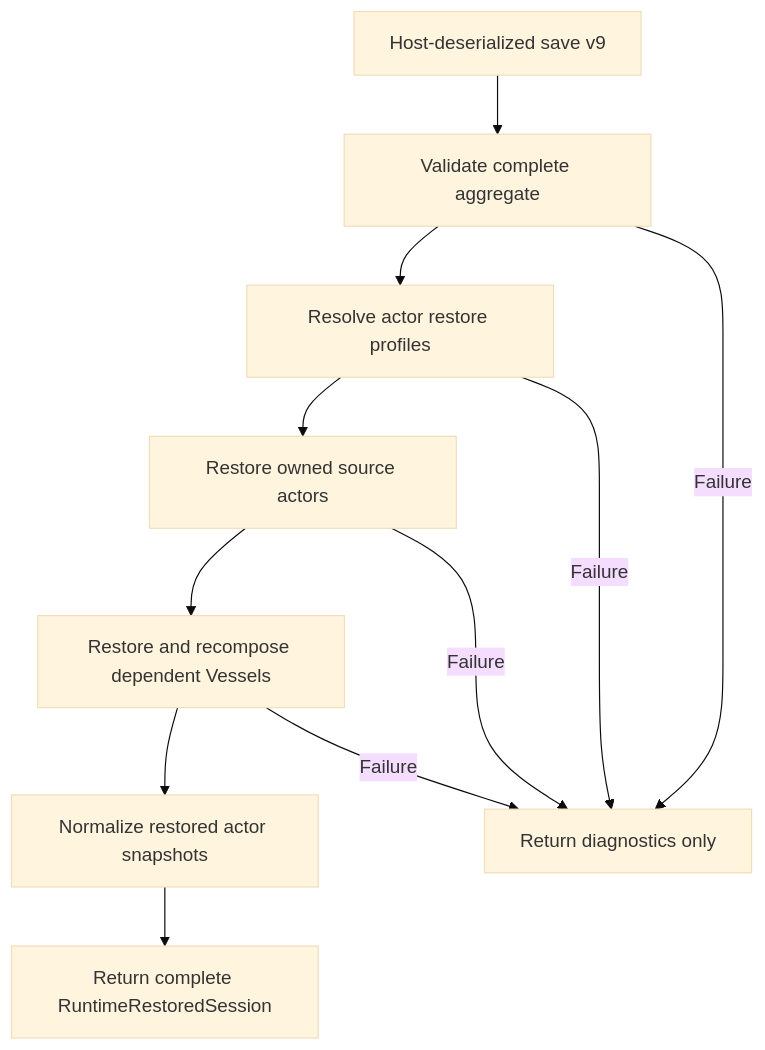
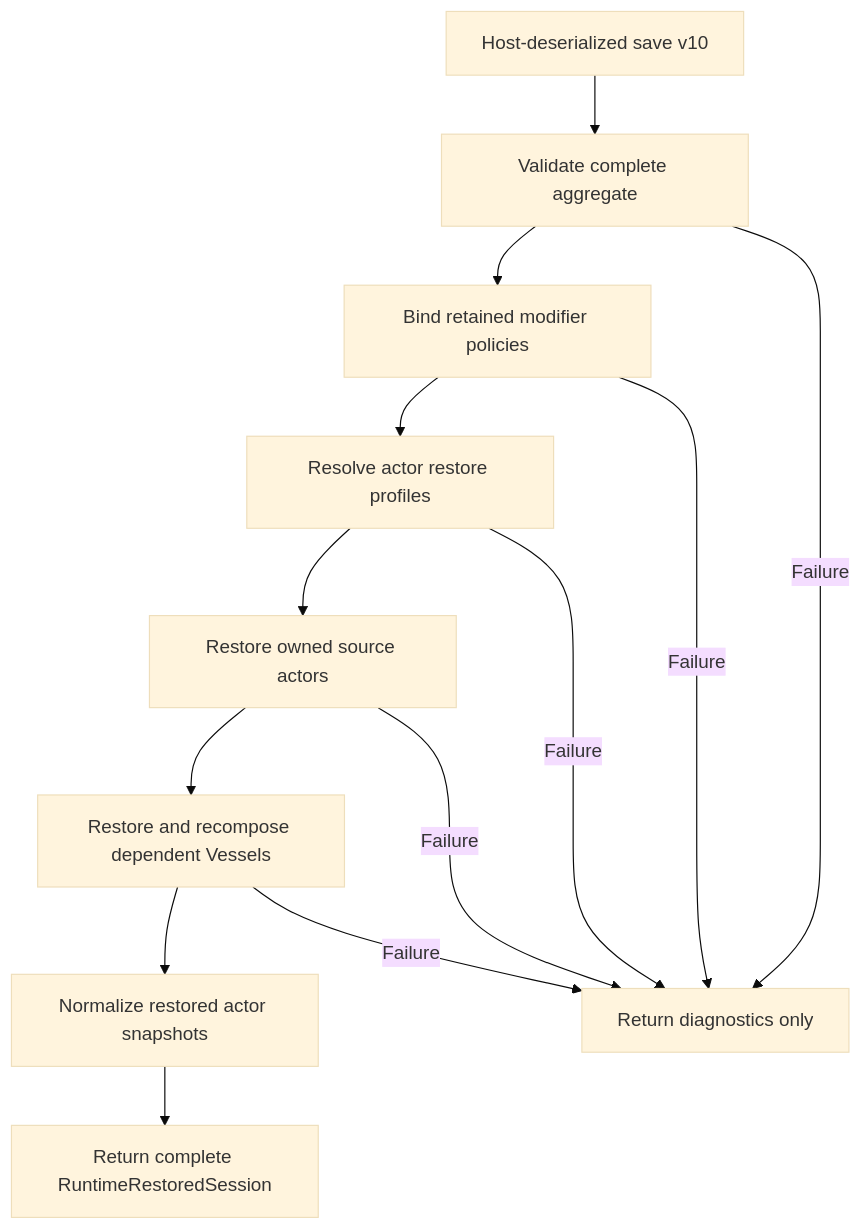
Before and after one commit to KayelC/Convergence: the fifth of 5 diagrams in docs/developer-guide/actors-and-runtime-state.md, drawn with Mermaid (base theme). The commit also changed other lines of this file and 34 other files, not shown here.

````diff
--- a/docs/developer-guide/actors-and-runtime-state.md
+++ b/docs/developer-guide/actors-and-runtime-state.md
@@ -343,13 +344,15 @@
 ```mermaid
 flowchart TD
-    Save["Host-deserialized save v9"] --> Validate["Validate complete aggregate"]
-    Validate --> Profiles["Resolve actor restore profiles"]
+    Save["Host-deserialized save v10"] --> Validate["Validate complete aggregate"]
+    Validate --> Modifiers["Bind retained modifier policies"]
+    Modifiers --> Profiles["Resolve actor restore profiles"]
     Profiles --> Sources["Restore owned source actors"]
     Sources --> Vessels["Restore and recompose dependent Vessels"]
     Vessels --> Normalize["Normalize restored actor snapshots"]
     Normalize --> Session["Return complete RuntimeRestoredSession"]
     Validate -->|Failure| Reject["Return diagnostics only"]
+    Modifiers -->|Failure| Reject
     Profiles -->|Failure| Reject
     Sources -->|Failure| Reject
     Vessels -->|Failure| Reject
 ```
````
